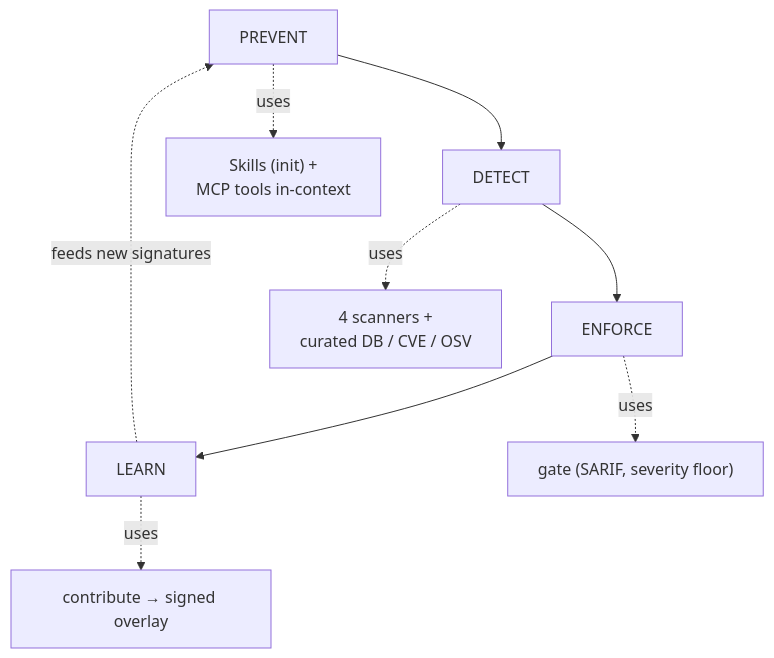
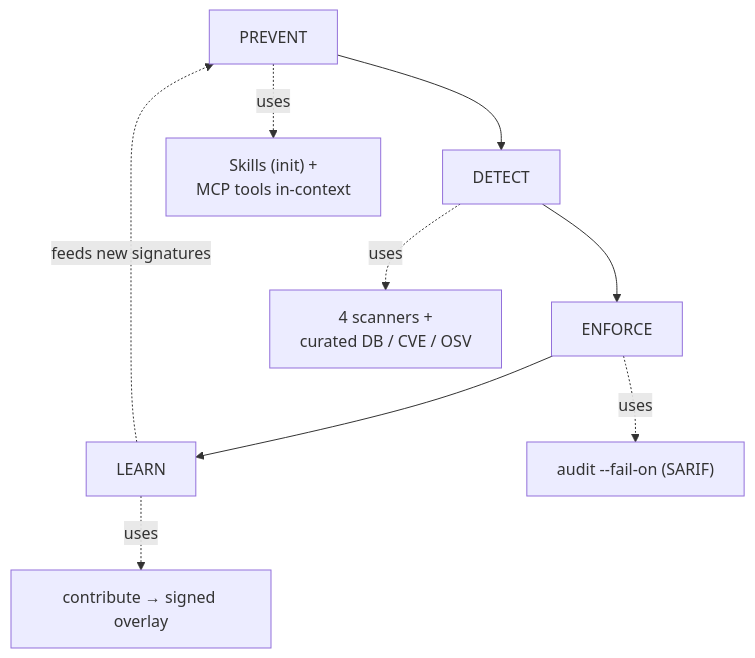
The fourth of 5 diagrams in docs/concepts/architecture.md (ShieldNet-360/secure-vibe), drawn with Mermaid before and after one commit. The commit also changed other lines of this file and 11 other files, not shown here.

First line of the commit message:
docs: sweep guides/concepts to the single audit command (scan/gate folded in)

````diff
--- a/docs/concepts/architecture.md
+++ b/docs/concepts/architecture.md
@@ -169,12 +169,12 @@
 ```mermaid
 flowchart TD
     P["PREVENT"] --> D["DETECT"]
     D --> E["ENFORCE"]
     E --> L["LEARN"]
     L -.feeds new signatures.-> P
 
     P -.uses.-> Pc["Skills (init) +<br/>MCP tools in-context"]
     D -.uses.-> Dc["4 scanners +<br/>curated DB / CVE / OSV"]
-    E -.uses.-> Ec["gate (SARIF, severity floor)"]
+    E -.uses.-> Ec["audit --fail-on (SARIF)"]
     L -.uses.-> Lc["contribute → signed overlay"]
 ```
````
